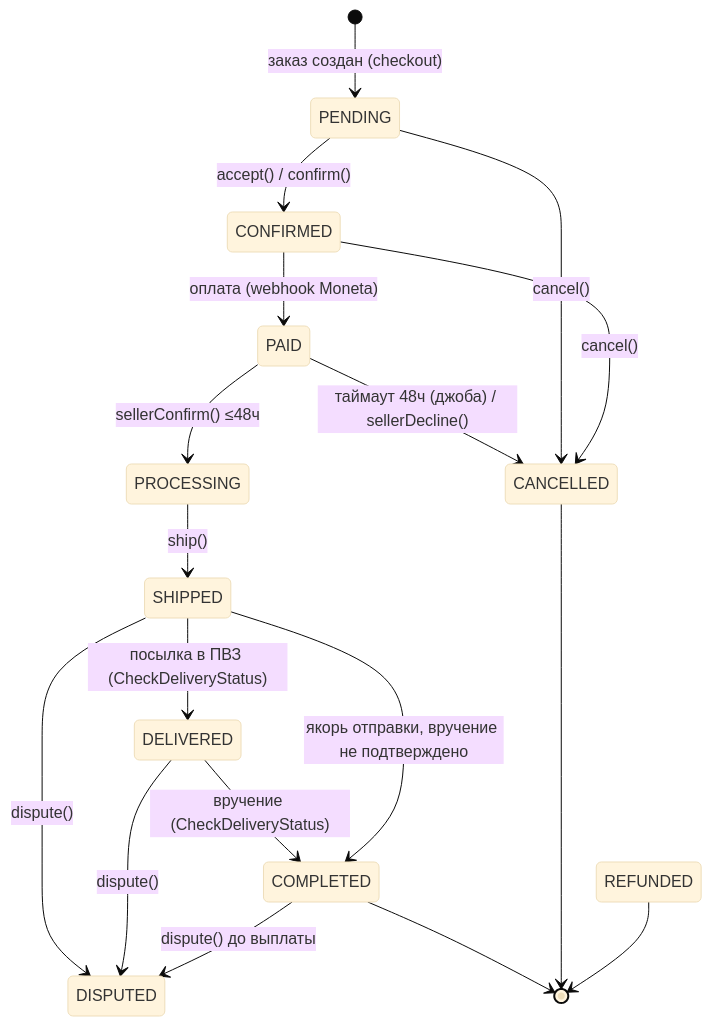
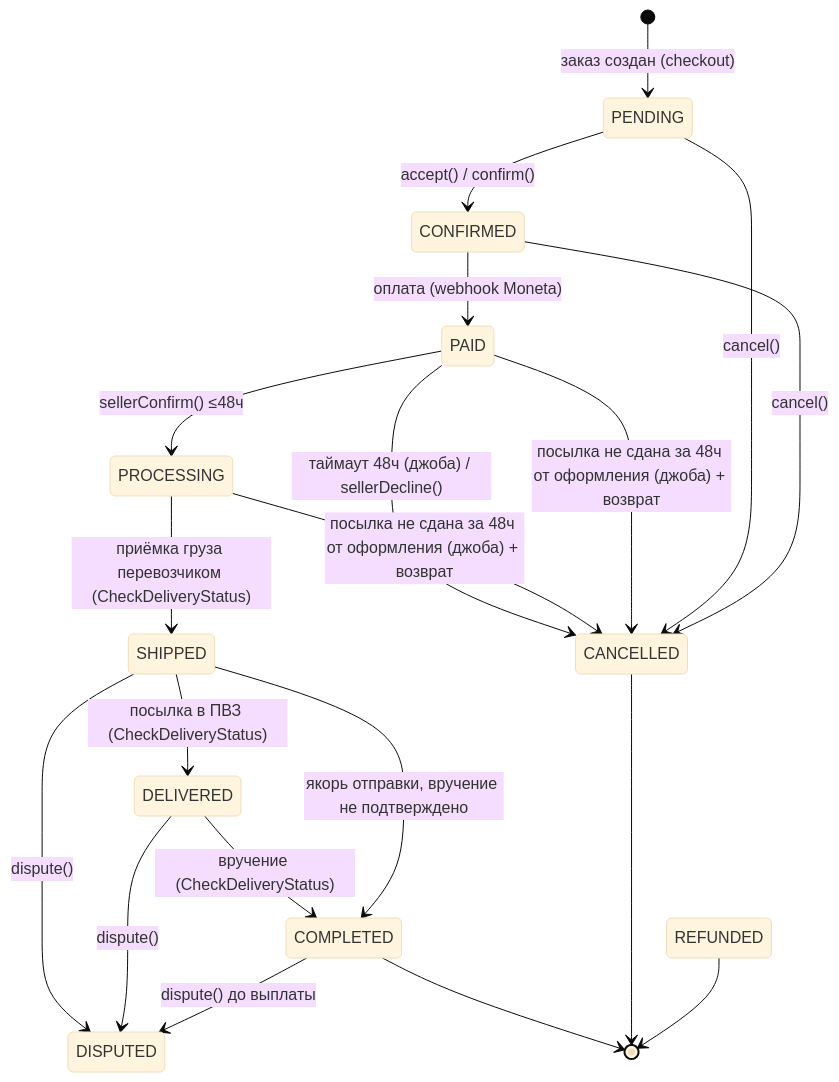
One commit to nikander777/mz changed the diagram in docs/processes/order-lifecycle.md. Above: the diagram before and after it, drawn with Mermaid (base theme). The commit also changed other lines of this file, not shown here.

````diff
--- a/docs/processes/order-lifecycle.md
+++ b/docs/processes/order-lifecycle.md
@@ -29,20 +31,22 @@
 ```mermaid
 stateDiagram-v2
   [*] --> PENDING: заказ создан (checkout)
   PENDING --> CONFIRMED: accept() / confirm()
   CONFIRMED --> PAID: оплата (webhook Moneta)
   PAID --> PROCESSING: sellerConfirm() ≤48ч
   PAID --> CANCELLED: таймаут 48ч (джоба) / sellerDecline()
-  PROCESSING --> SHIPPED: ship()
+  PROCESSING --> SHIPPED: приёмка груза перевозчиком (CheckDeliveryStatus)
+  PROCESSING --> CANCELLED: посылка не сдана за 48ч от оформления (джоба) + возврат
+  PAID --> CANCELLED: посылка не сдана за 48ч от оформления (джоба) + возврат
   SHIPPED --> DELIVERED: посылка в ПВЗ (CheckDeliveryStatus)
   DELIVERED --> COMPLETED: вручение (CheckDeliveryStatus)
   SHIPPED --> COMPLETED: якорь отправки, вручение не подтверждено
   SHIPPED --> DISPUTED: dispute()
   DELIVERED --> DISPUTED: dispute()
   COMPLETED --> DISPUTED: dispute() до выплаты
   PENDING --> CANCELLED: cancel()
   CONFIRMED --> CANCELLED: cancel()
   COMPLETED --> [*]
   CANCELLED --> [*]
   REFUNDED --> [*]
 ```
````
